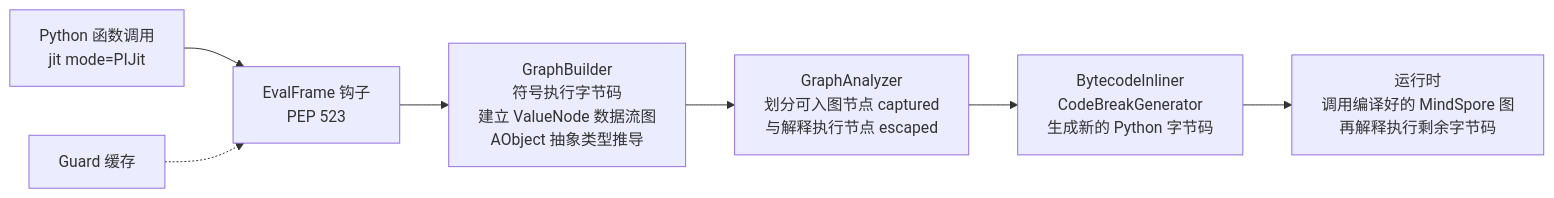
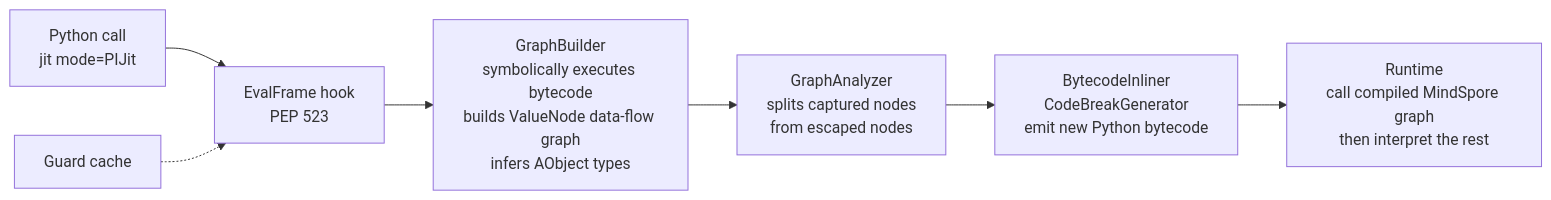
The first of 2 diagrams in README.md (YUNPUWU/mindspore-pijit-contributions), drawn with Mermaid before and after one commit. The commit also changed other lines of this file and 2 other files, not shown here.

````diff
--- a/README.md
+++ b/README.md
@@ -29,9 +31,9 @@
 ```mermaid
 flowchart LR
-    A["Python 函数调用<br/>jit mode=PIJit"] --> B["EvalFrame 钩子<br/>PEP 523"]
-    B --> C["GraphBuilder<br/>符号执行字节码<br/>建立 ValueNode 数据流图<br/>AObject 抽象类型推导"]
-    C --> D["GraphAnalyzer<br/>划分可入图节点 captured<br/>与解释执行节点 escaped"]
-    D --> E["BytecodeInliner<br/>CodeBreakGenerator<br/>生成新的 Python 字节码"]
-    E --> F["运行时<br/>调用编译好的 MindSpore 图<br/>再解释执行剩余字节码"]
-    G["Guard 缓存"] -.-> B
+    A["Python call<br/>jit mode=PIJit"] --> B["EvalFrame hook<br/>PEP 523"]
+    B --> C["GraphBuilder<br/>symbolically executes bytecode<br/>builds ValueNode data-flow graph<br/>infers AObject types"]
+    C --> D["GraphAnalyzer<br/>splits captured nodes<br/>from escaped nodes"]
+    D --> E["BytecodeInliner<br/>CodeBreakGenerator<br/>emit new Python bytecode"]
+    E --> F["Runtime<br/>call compiled MindSpore graph<br/>then interpret the rest"]
+    G["Guard cache"] -.-> B
 ```
````
